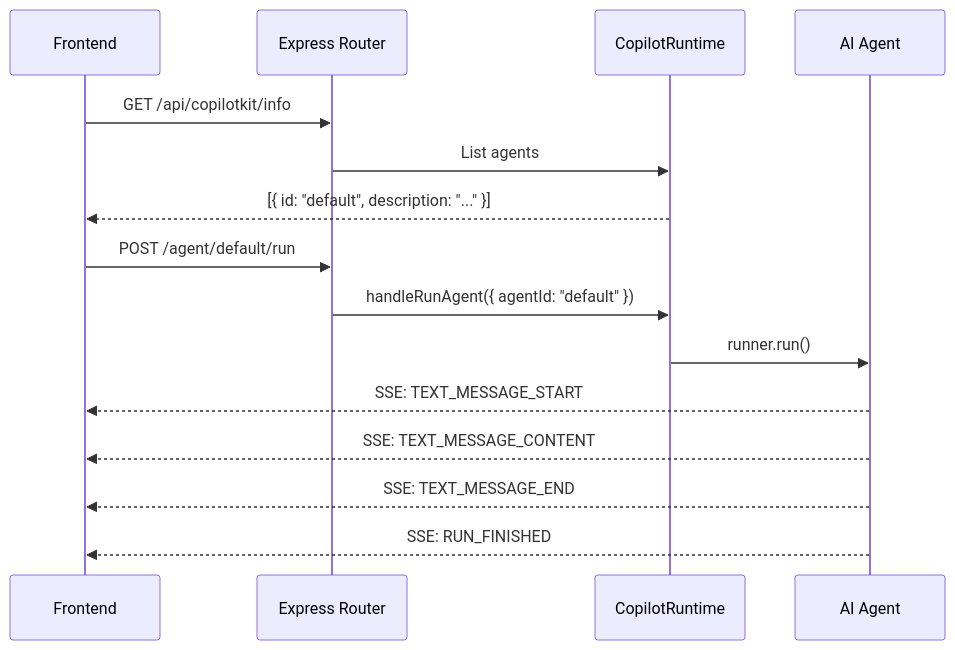
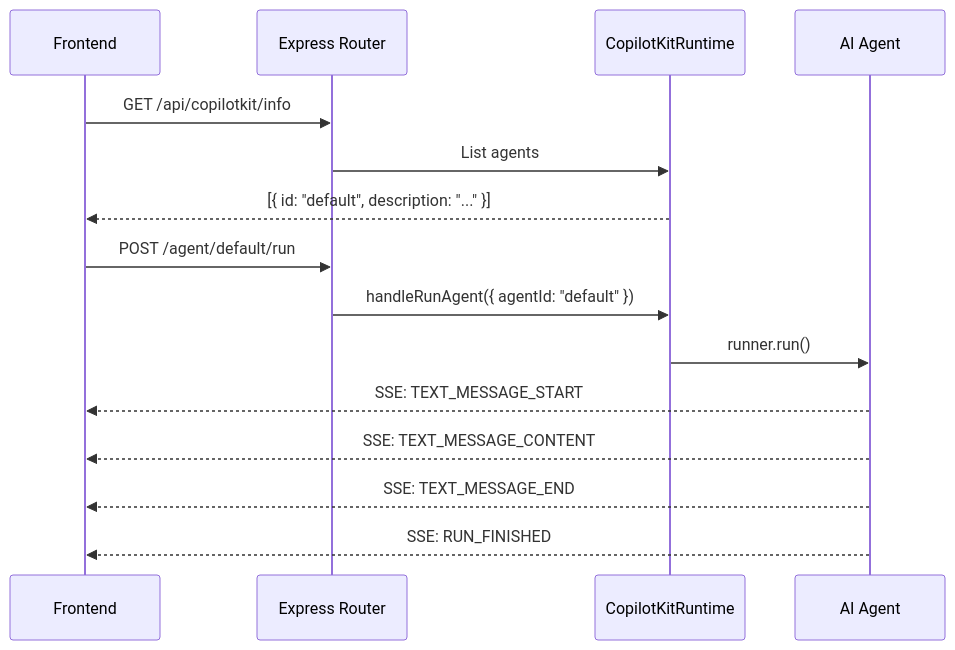
The second of 6 diagrams in dev-docs/architecture/setup-runtime.md (CopilotKit/CopilotKit), drawn with Mermaid before and after one commit. The commit also changed other lines of this file and 30 other files, not shown here.

Commit message:
docs: use the CopilotKit* runtime names in package docs and comments

````diff
--- a/dev-docs/architecture/setup-runtime.md
+++ b/dev-docs/architecture/setup-runtime.md
@@ -86,19 +86,19 @@
 ```mermaid
 sequenceDiagram
     participant Client as Frontend
     participant EP as Express Router
-    participant RT as CopilotRuntime
+    participant RT as CopilotKitRuntime
     participant Agent as AI Agent
 
     Client->>EP: GET /api/copilotkit/info
     EP->>RT: List agents
     RT-->>Client: [{ id: "default", description: "..." }]
 
     Client->>EP: POST /agent/default/run
     EP->>RT: handleRunAgent({ agentId: "default" })
     RT->>Agent: runner.run()
     Agent-->>Client: SSE: TEXT_MESSAGE_START
     Agent-->>Client: SSE: TEXT_MESSAGE_CONTENT
     Agent-->>Client: SSE: TEXT_MESSAGE_END
     Agent-->>Client: SSE: RUN_FINISHED
 ```
````
